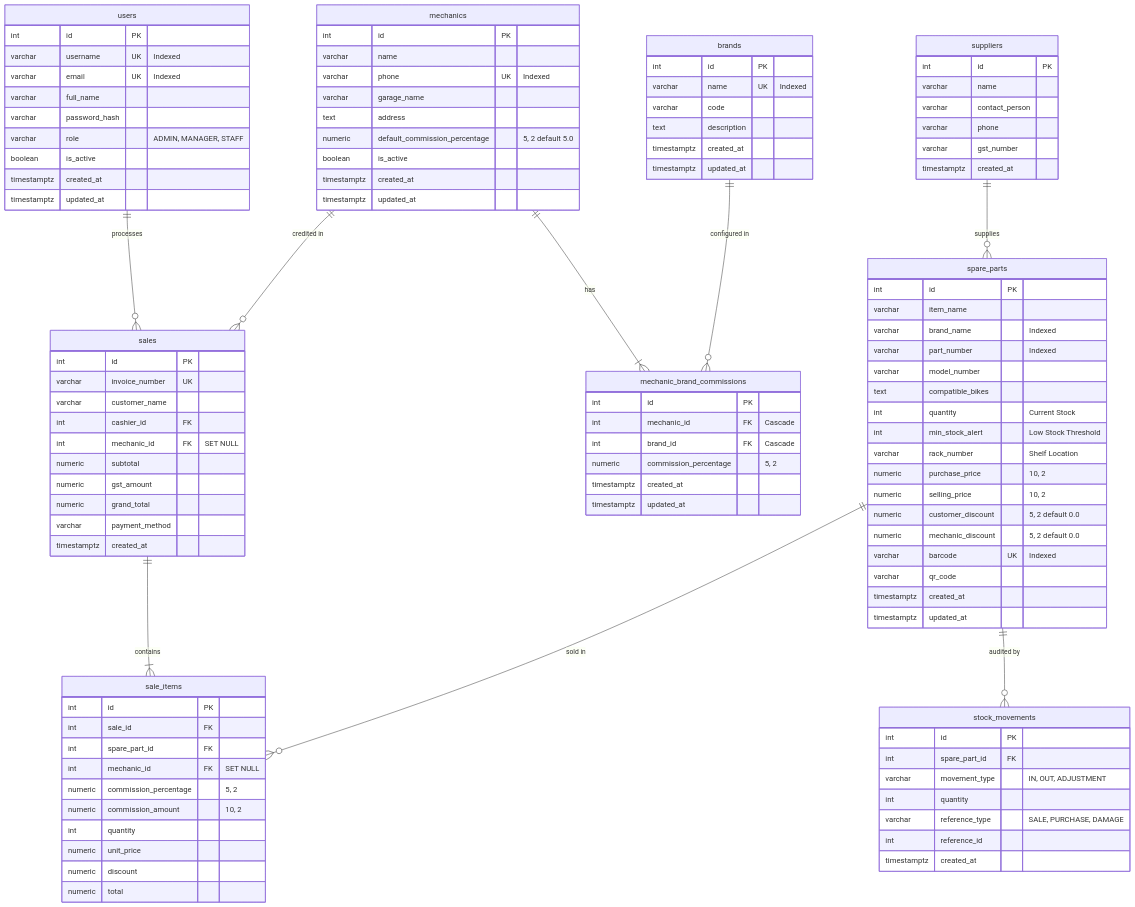
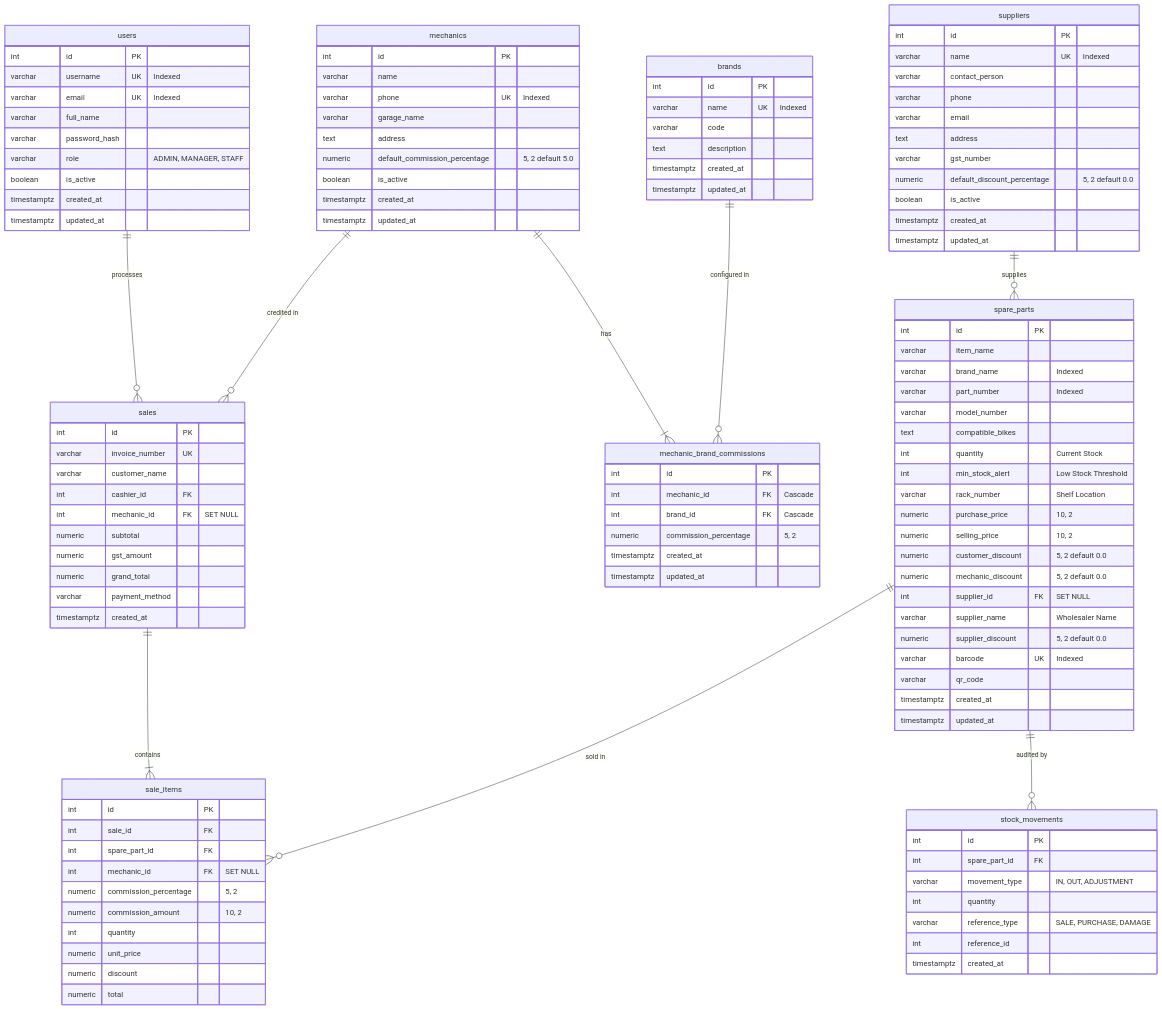
The diagram in docs/database-design.md (biswajit-rout/PartShop), drawn with Mermaid before and after one commit. The commit also changed other lines of this file and 33 other files, not shown here.

```diff
--- a/docs/database-design.md
+++ b/docs/database-design.md
@@ -47,6 +47,9 @@
         numeric selling_price "10, 2"
         numeric customer_discount "5, 2 default 0.0"
         numeric mechanic_discount "5, 2 default 0.0"
+        int supplier_id FK "SET NULL"
+        varchar supplier_name "Wholesaler Name"
+        numeric supplier_discount "5, 2 default 0.0"
         varchar barcode UK "Indexed"
         varchar qr_code
         timestamptz created_at
@@ -55,11 +58,16 @@
 
     suppliers {
         int id PK
-        varchar name
+        varchar name UK "Indexed"
         varchar contact_person
         varchar phone
+        varchar email
+        text address
         varchar gst_number
+        numeric default_discount_percentage "5, 2 default 0.0"
+        boolean is_active
         timestamptz created_at
+        timestamptz updated_at
     }
 
     brands {
```
